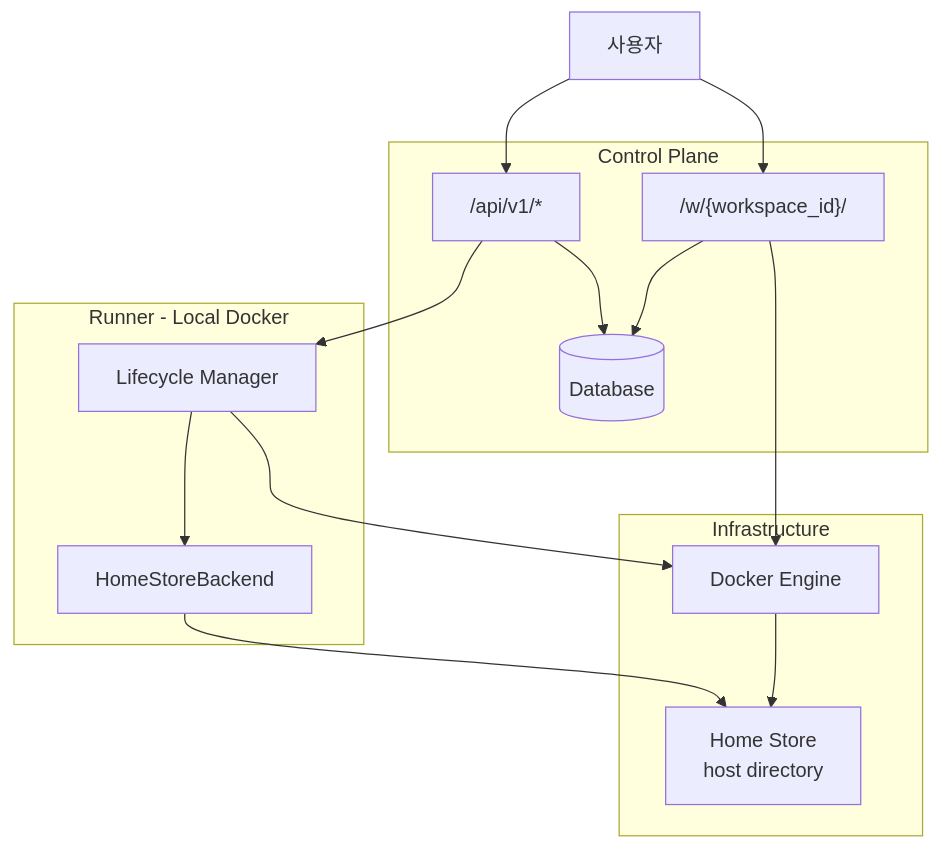
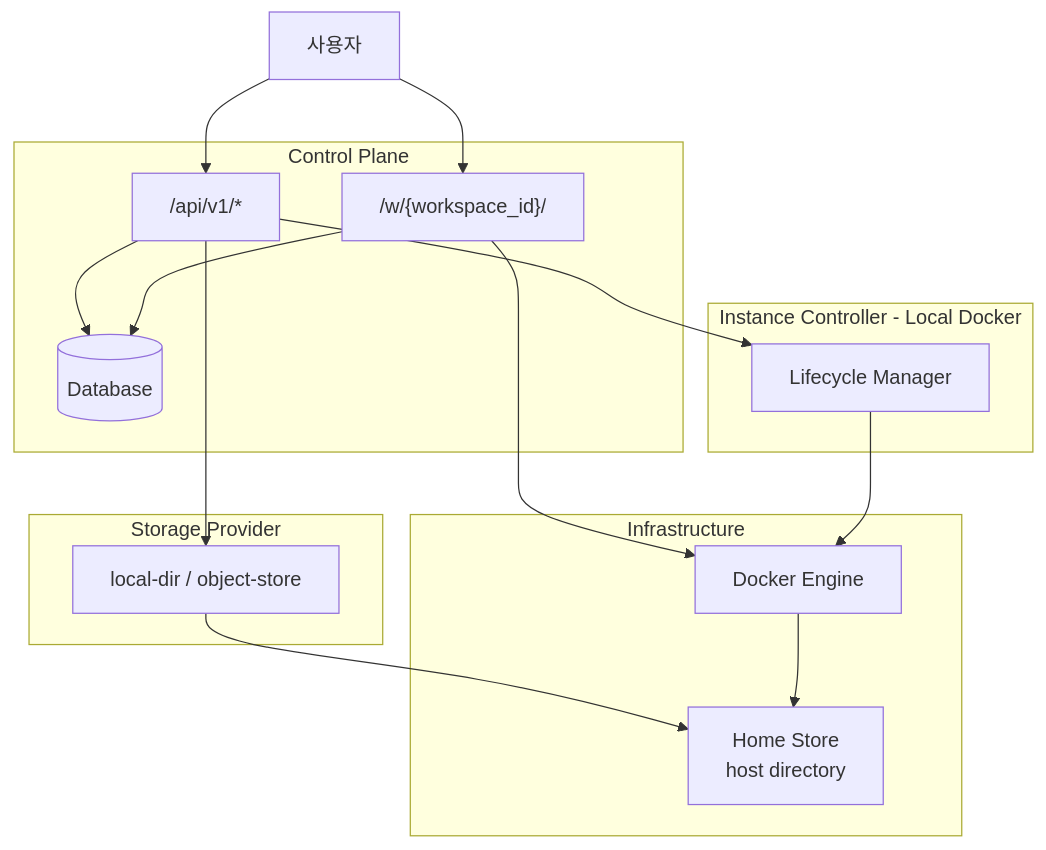
Before and after one commit to cagojeiger/code-hub: the first of 10 diagrams in docs/architecture.md, drawn with Mermaid. The commit also changed other lines of this file and 2 other files, not shown here.

First line of the commit message:
docs: rename components and redesign Storage Provider interface

````diff
--- a/docs/architecture.md
+++ b/docs/architecture.md
@@ -9,31 +9,34 @@
 ```mermaid
 graph TB
     User[사용자]
 
     subgraph ControlPlane[Control Plane]
         API["/api/v1/*"]
         Proxy["/w/{workspace_id}/"]
         DB[(Database)]
     end
 
-    subgraph Runner[Runner - Local Docker]
-        Lifecycle[Lifecycle Manager]
-        HSB[HomeStoreBackend]
+    subgraph StorageProvider[Storage Provider]
+        SP[local-dir / object-store]
+    end
+
+    subgraph InstanceController[Instance Controller - Local Docker]
+        IC[Lifecycle Manager]
     end
 
     subgraph Infrastructure
         Docker[Docker Engine]
         HomeStore[Home Store<br/>host directory]
     end
 
     User --> API
     User --> Proxy
     API --> DB
     Proxy --> DB
     Proxy --> Docker
-    API --> Lifecycle
-    Lifecycle --> Docker
-    Lifecycle --> HSB
-    HSB --> HomeStore
+    API --> SP
+    SP --> HomeStore
+    API --> IC
+    IC --> Docker
     Docker --> HomeStore
 ```
````
